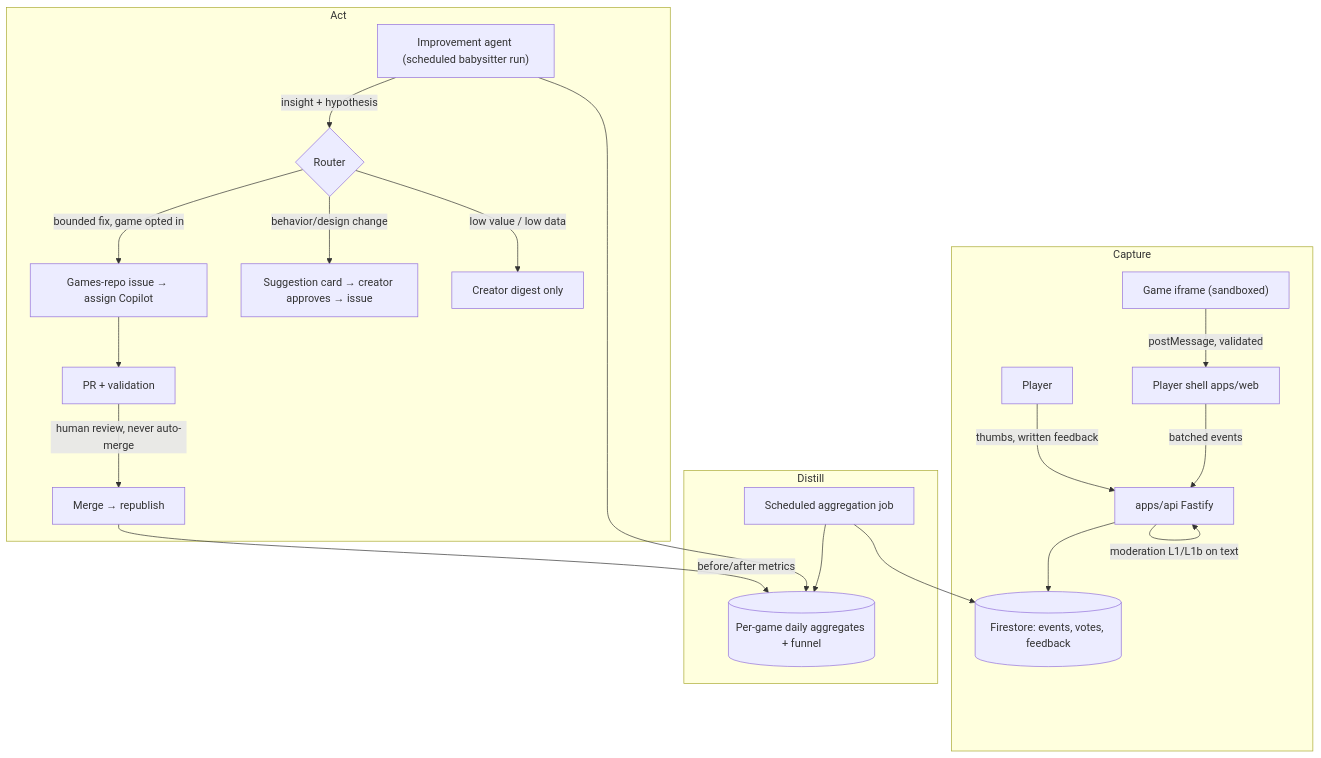
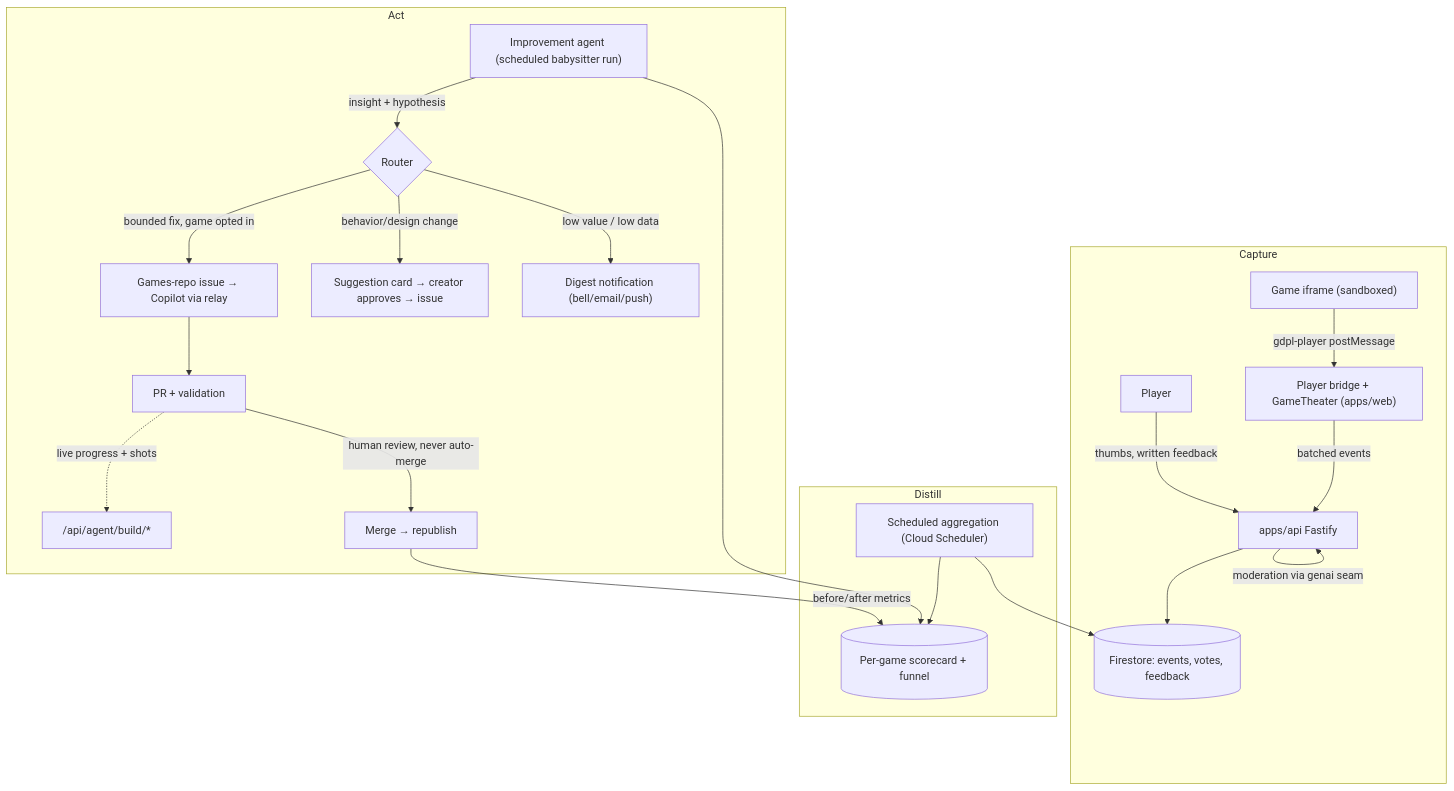
Before and after one commit to gamedevpl/www.gamedev.pl: the diagram in docs/improvement-loop-plan.md, drawn with Mermaid. The commit also changed other lines of this file and 1 other file, not shown here.

````diff
--- a/docs/improvement-loop-plan.md
+++ b/docs/improvement-loop-plan.md
@@ -99,27 +171,28 @@
 ```mermaid
 flowchart TD
     subgraph Capture
-      IF["Game iframe (sandboxed)"] -->|postMessage, validated| Shell[Player shell apps/web]
-      Shell -->|batched events| API[apps/api Fastify]
+      IF["Game iframe (sandboxed)"] -->|"gdpl-player postMessage"| Shell["Player bridge + GameTheater (apps/web)"]
+      Shell -->|batched events| API["apps/api Fastify"]
       U[Player] -->|thumbs, written feedback| API
-      API -->|moderation L1/L1b on text| API
-      API --> FS[(Firestore: events, votes, feedback)]
+      API -->|moderation via genai seam| API
+      API --> FS[("Firestore: events, votes, feedback")]
     end
 
     subgraph Distill
-      CRON[Scheduled aggregation job] --> FS
-      CRON --> AGG[(Per-game daily aggregates + funnel)]
+      CRON["Scheduled aggregation (Cloud Scheduler)"] --> FS
+      CRON --> AGG[("Per-game scorecard + funnel")]
     end
 
     subgraph Act
       LOOP["Improvement agent (scheduled babysitter run)"] --> AGG
       LOOP -->|insight + hypothesis| ROUTE{Router}
-      ROUTE -->|bounded fix, game opted in| ISSUE[Games-repo issue → assign Copilot]
-      ROUTE -->|behavior/design change| SUGG[Suggestion card → creator approves → issue]
-      ROUTE -->|low value / low data| DIGEST[Creator digest only]
-      ISSUE --> PR[PR + validation]
-      PR -->|human review, never auto-merge| MERGE[Merge → republish]
+      ROUTE -->|"bounded fix, game opted in"| ISSUE["Games-repo issue → Copilot via relay"]
+      ROUTE -->|behavior/design change| SUGG["Suggestion card → creator approves → issue"]
+      ROUTE -->|low value / low data| DIGEST["Digest notification (bell/email/push)"]
+      ISSUE --> PR["PR + validation"]
+      PR -.->|live progress + shots| CH["/api/agent/build/*"]
+      PR -->|human review, never auto-merge| MERGE["Merge → republish"]
     end
 
     MERGE -->|before/after metrics| AGG
 ```
````
